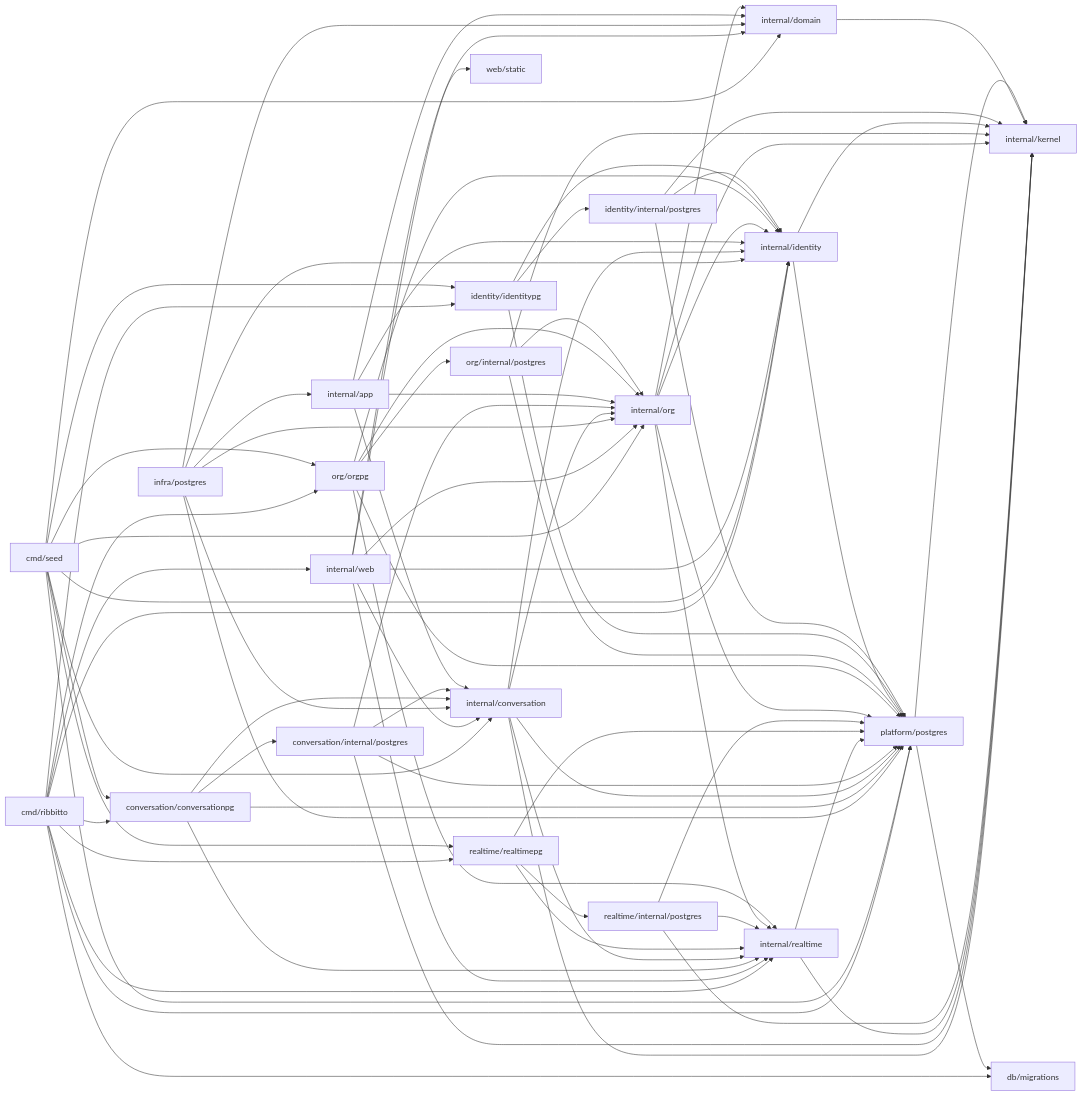
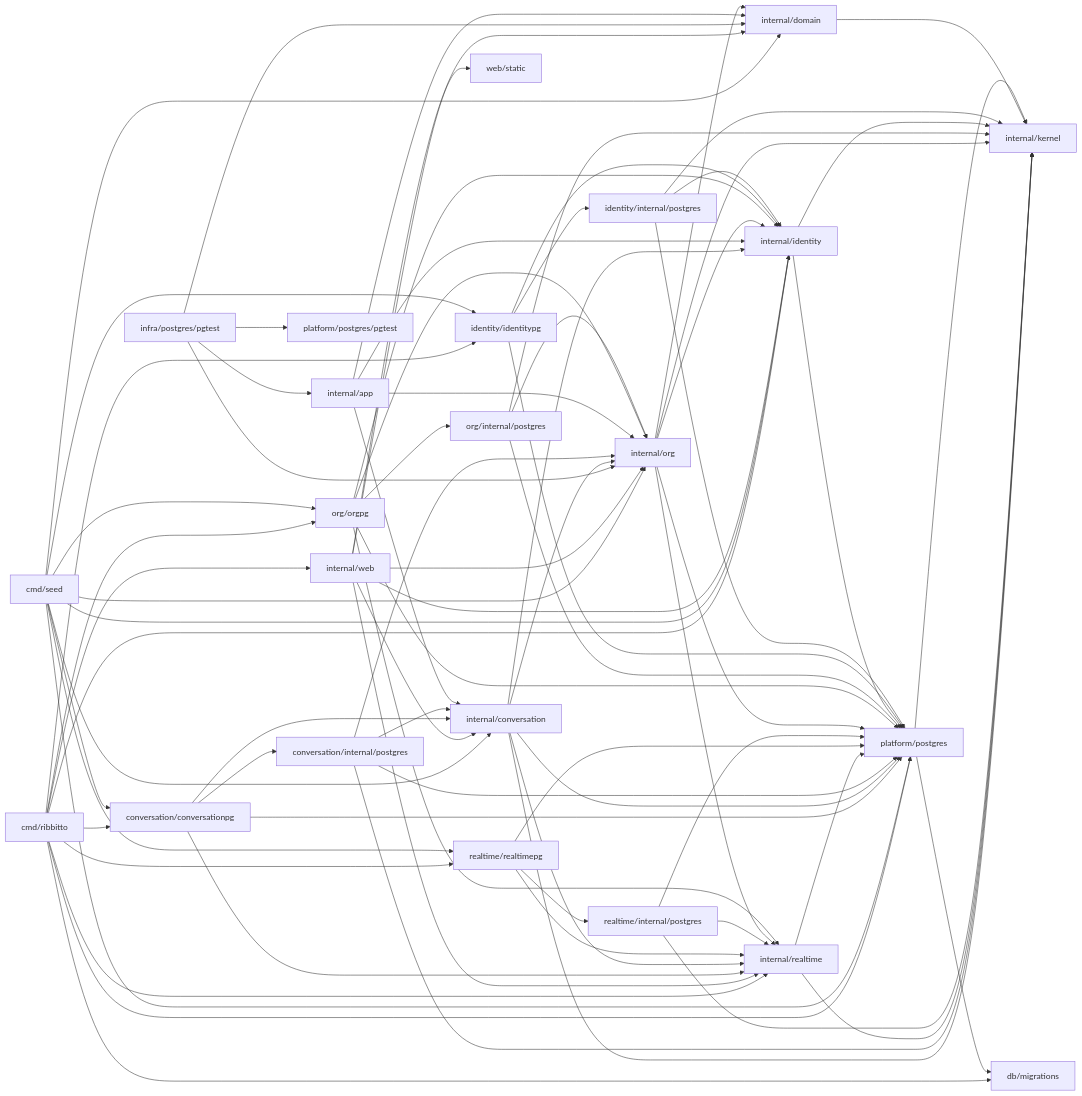
Before and after one commit to tkakkie/ribbitto: the diagram in docs/architecture/packages.md, drawn with Mermaid. The commit also changed other lines of this file and 21 other files, not shown here.

````diff
--- a/docs/architecture/packages.md
+++ b/docs/architecture/packages.md
@@ -38,22 +38,22 @@
 ```mermaid
 flowchart LR
   cmd[cmd/ribbitto] --> web & orgpg[org/orgpg] & conversationpg[conversation/conversationpg] & identity & identitypg[identity/identitypg] & realtimepg & realtime & platform[platform/postgres] & migrations[db/migrations]
   seed[cmd/seed] --> conversation & conversationpg & org & orgpg & identity & identitypg & realtimepg & platform & domain
   web[internal/web] --> org & conversation & identity & domain & realtime & static[web/static]
-  postgres[infra/postgres] --> app & org & conversation & identity & domain & platform
+  postgres[infra/postgres/pgtest] --> app & org & domain & platformpgtest[platform/postgres/pgtest]
   conversationpg --> conversation[internal/conversation] & cstore[conversation/internal/postgres] & realtime & platform
   conversation --> identity & org & realtime & kernel & platform
   cstore --> conversation & org & platform & kernel
   realtime[internal/realtime] --> kernel & platform
   realtimepg[realtime/realtimepg] --> realtime & rstore[realtime/internal/postgres] & platform
   rstore --> realtime & platform & kernel
   app[internal/app] --> org & conversation & identity & domain[internal/domain]
   org[internal/org] --> identity & realtime & domain & kernel & platform
   orgpg --> org & ostore[org/internal/postgres] & platform & identity & realtime
   ostore --> org & platform & kernel
   identity[internal/identity] --> kernel & platform
   identitypg --> identity & store[identity/internal/postgres] & platform
   store --> identity & platform & kernel
   domain --> kernel[internal/kernel]
   platform --> kernel & migrations
 ```
````
